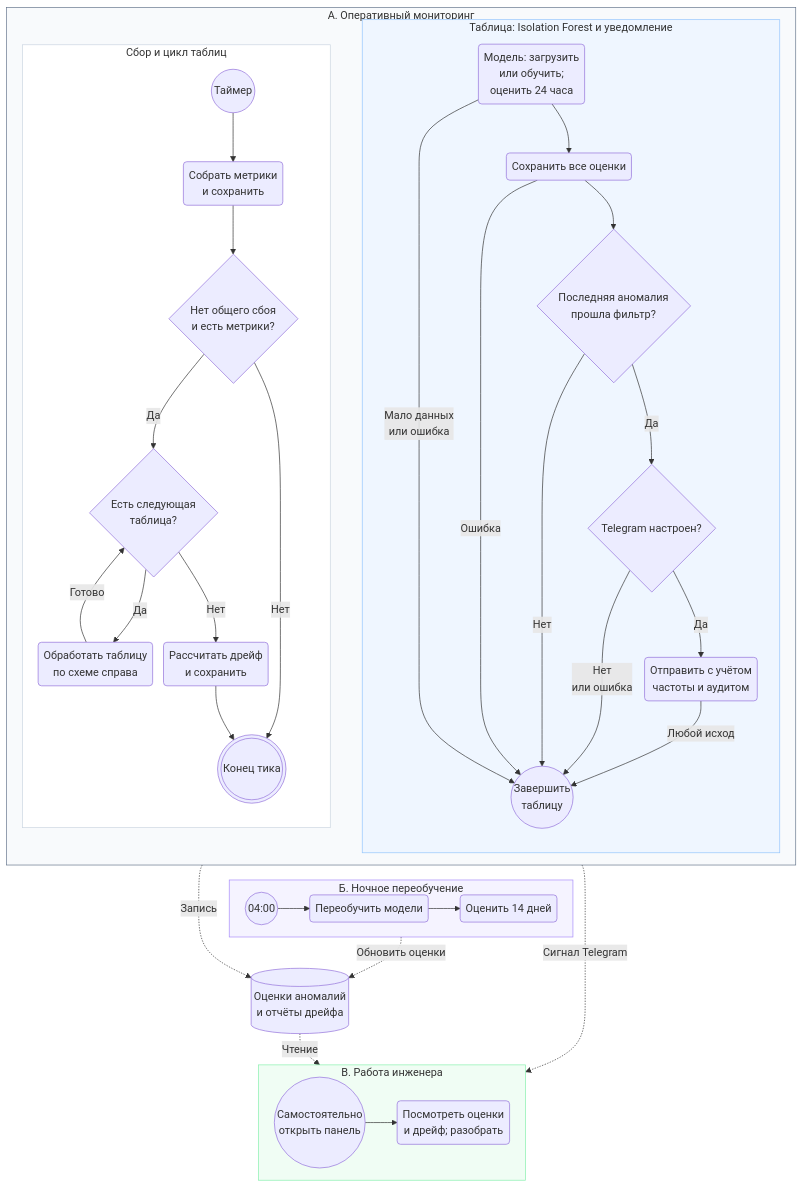
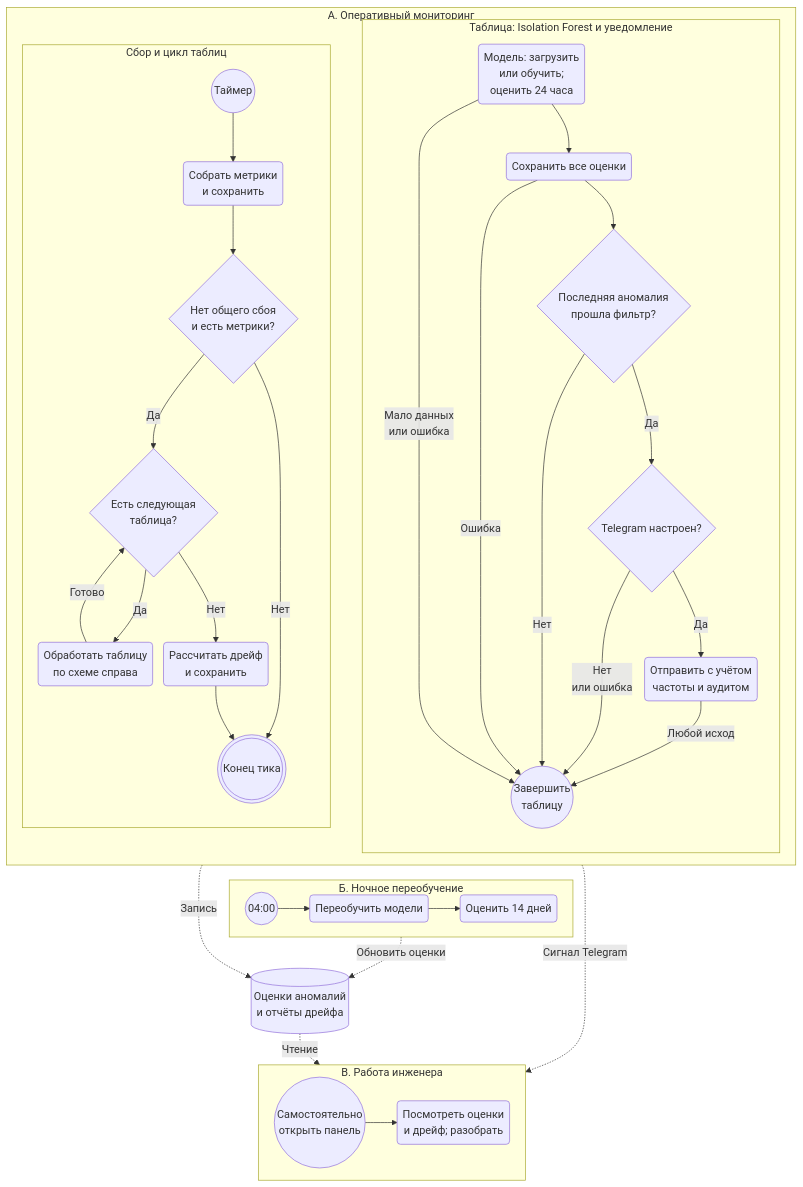
The diagram in docs/Model_BPMN.md (ksdergach/db-monitoring-production-standards), drawn with Mermaid before and after one commit.

Commit message:
docs: исправить контраст Mermaid в тёмной теме GitHub (#54)
Удалены фиксированные светлые заливки областей схемы: в тёмной теме
GitHub заголовки и связи получали светлый цвет из темы и терялись на
почти белом фоне. Структура графа не изменена.

````diff
--- a/docs/Model_BPMN.md
+++ b/docs/Model_BPMN.md
@@ -15,46 +15,41 @@
 ```mermaid
 %%{init: {'flowchart': {'nodeSpacing': 16, 'rankSpacing': 22, 'padding': 8}}}%%
 flowchart TB
     subgraph operational["А. Оперативный мониторинг"]
         direction LR
         subgraph control["Сбор и цикл таблиц"]
             direction TB
             tick(("Таймер")) --> collect("Собрать метрики<br/>и сохранить") --> ready{"Нет общего сбоя<br/>и есть метрики?"}
             ready -->|Нет| stop((("Конец тика")))
             ready -->|Да| more{"Есть следующая<br/>таблица?"}
             more -->|Да| process("Обработать таблицу<br/>по схеме справа") -->|Готово| more
             more -->|Нет| drift("Рассчитать дрейф<br/>и сохранить") --> stop
         end
         subgraph detail["Таблица: Isolation Forest и уведомление"]
             direction TB
             model("Модель: загрузить<br/>или обучить;<br/>оценить 24 часа") --> save("Сохранить все оценки")
             model -->|"Мало данных<br/>или ошибка"| finish(("Завершить<br/>таблицу"))
             save -->|Ошибка| finish
             save --> gate{"Последняя аномалия<br/>прошла фильтр?"}
             gate -->|Нет| finish
             gate -->|Да| telegram{"Telegram настроен?"}
             telegram -->|"Нет<br/>или ошибка"| finish
             telegram -->|Да| notify("Отправить с учётом<br/>частоты и аудитом") -->|Любой исход| finish
         end
         control ~~~ detail
     end
     subgraph night["Б. Ночное переобучение"]
         direction LR
         timer(("04:00")) --> retrain("Переобучить модели") --> rescore("Оценить 14 дней")
     end
     results[("Оценки аномалий<br/>и отчёты дрейфа")]
     subgraph engineer["В. Работа инженера"]
         direction LR
         open(("Самостоятельно<br/>открыть панель")) --> review("Посмотреть оценки<br/>и дрейф; разобрать")
     end
     operational ~~~ night
     operational -.->|Запись| results
     night -.->|Обновить оценки| results
     results -.->|Чтение| engineer
     operational -.->|Сигнал Telegram| engineer
-    style operational fill:#f8fafc,stroke:#64748b
-    style control fill:#ffffff,stroke:#cbd5e1
-    style detail fill:#eff6ff,stroke:#93c5fd
-    style night fill:#f5f3ff,stroke:#a78bfa
-    style engineer fill:#f0fdf4,stroke:#86efac
 ```
````
